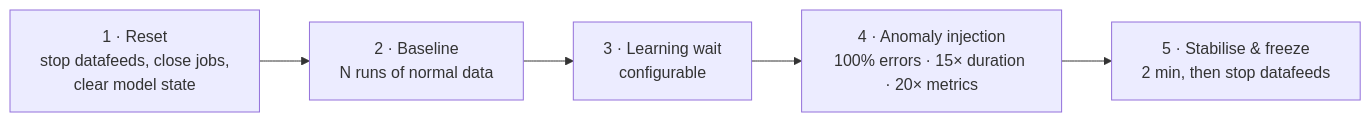
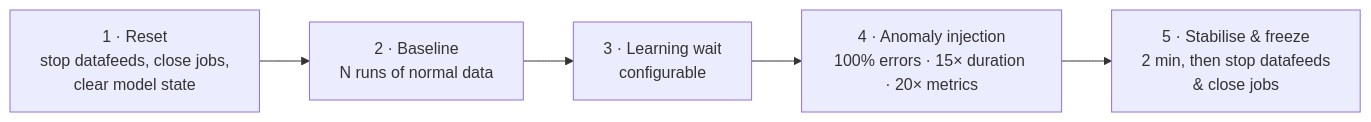
Before and after one commit to rkernutt/cloud-to-elastic-load-generator: the diagram in docs/ml-training-mode.md, drawn with Mermaid. The commit also changed other lines of this file and 1069 other files, not shown here.

````diff
--- a/docs/ml-training-mode.md
+++ b/docs/ml-training-mode.md
@@ -7,8 +7,8 @@
 ```mermaid
 flowchart LR
     Reset[1 · Reset<br/>stop datafeeds, close jobs,<br/>clear model state] -->
     Baseline[2 · Baseline<br/>N runs of normal data] -->
     Wait[3 · Learning wait<br/>configurable] -->
     Inject[4 · Anomaly injection<br/>100% errors · 15× duration · 20× metrics] -->
-    Stabilise[5 · Stabilise & freeze<br/>2 min, then stop datafeeds]
+    Stabilise[5 · Stabilise & freeze<br/>2 min, then stop datafeeds<br/>& close jobs]
 ```
````
